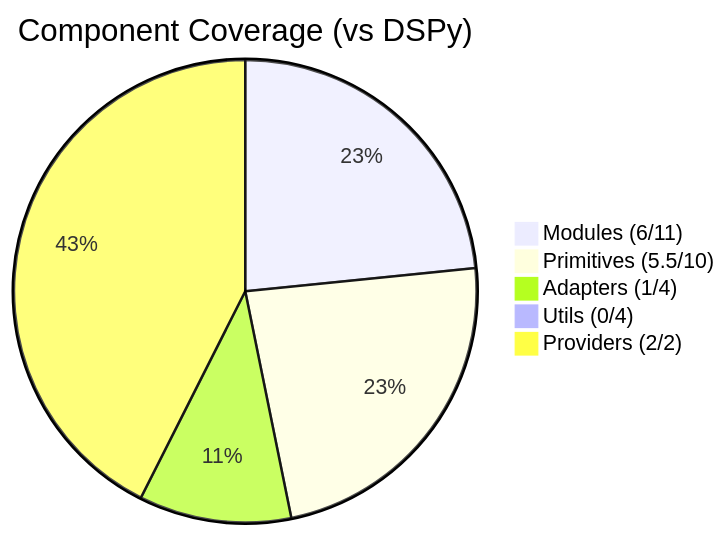
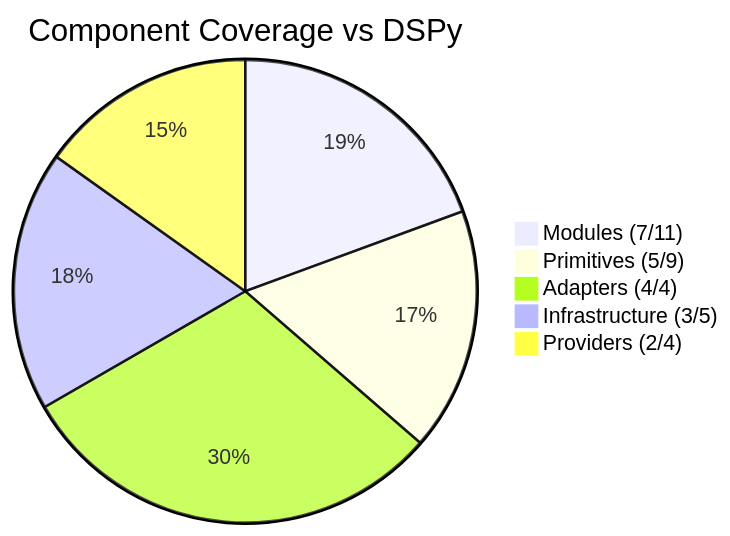
The diagram in ROADMAP.md (assagman/dsgo), drawn with Mermaid before and after one commit. The commit also changed other lines of this file and 53 other files, not shown here.

````diff
--- a/ROADMAP.md
+++ b/ROADMAP.md
@@ -639,8 +11,8 @@
 ```mermaid
-pie title Component Coverage (vs DSPy)
-    "Modules (6/11)" : 55
-    "Primitives (5.5/10)" : 55
-    "Adapters (1/4)" : 25
-    "Utils (0/4)" : 0
-    "Providers (2/2)" : 100
+pie title Component Coverage vs DSPy
+    "Modules (7/11)" : 64
+    "Primitives (5/9)" : 56
+    "Adapters (4/4)" : 100
+    "Infrastructure (3/5)" : 60
+    "Providers (2/4)" : 50
 ```
````
